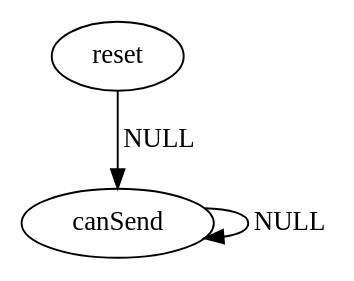
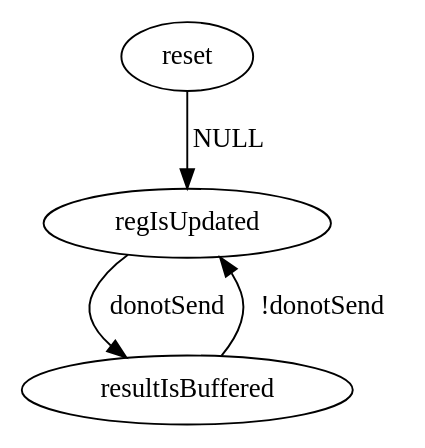
The diagram in documents/stateMachine/preInstFetch.gv (yuhengy/coredesign), drawn with Graphviz before and after one commit. The commit also changed 12 other files, not shown here.

```diff
--- a/documents/stateMachine/preInstFetch.gv
+++ b/documents/stateMachine/preInstFetch.gv
@@ -1,4 +1,5 @@
 digraph G {
-  reset -> canSend [label="NULL"];
-  canSend -> canSend [label="NULL"];
+  reset -> regIsUpdated [label="NULL"];
+  regIsUpdated -> resultIsBuffered [label="donotSend"];
+  resultIsBuffered -> regIsUpdated [label="!donotSend"];
 }
```
